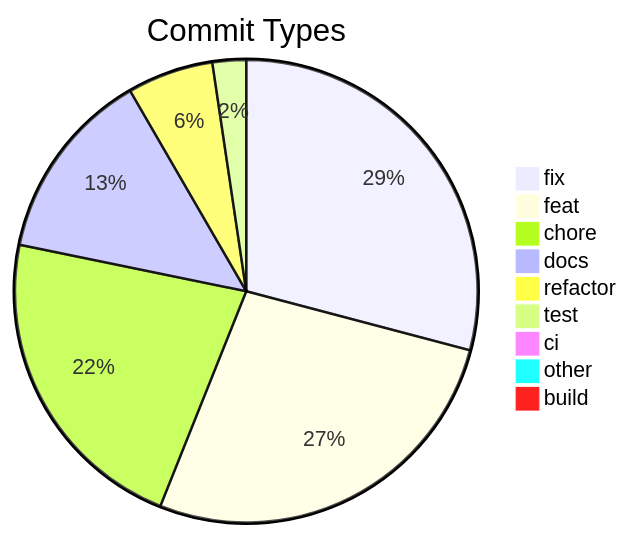
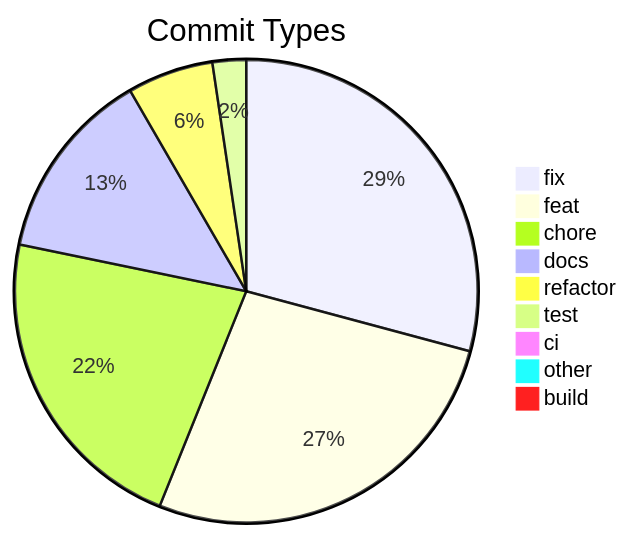
One commit to svenroth-ai/shipwright changed the diagram in .shipwright/compliance/change-history.md. Above: the diagram before and after it, drawn with Mermaid. The commit also changed other lines of this file and 30 other files, not shown here.

````diff
--- a/.shipwright/compliance/change-history.md
+++ b/.shipwright/compliance/change-history.md
@@ -8,12 +8,12 @@
 ```mermaid
 pie title Commit Types
-    "fix" : 310
+    "fix" : 311
     "feat" : 287
     "chore" : 236
     "docs" : 143
     "refactor" : 64
     "test" : 25
     "ci" : 8
     "other" : 7
     "build" : 1
 ```
````
